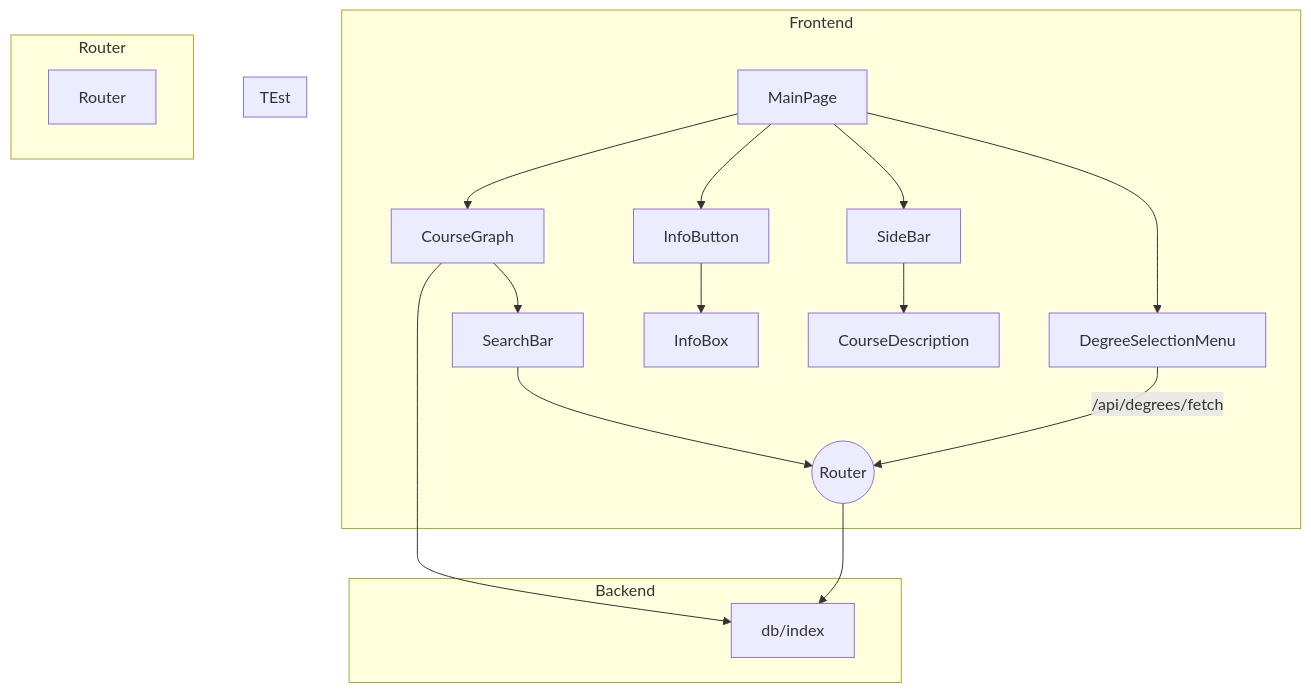
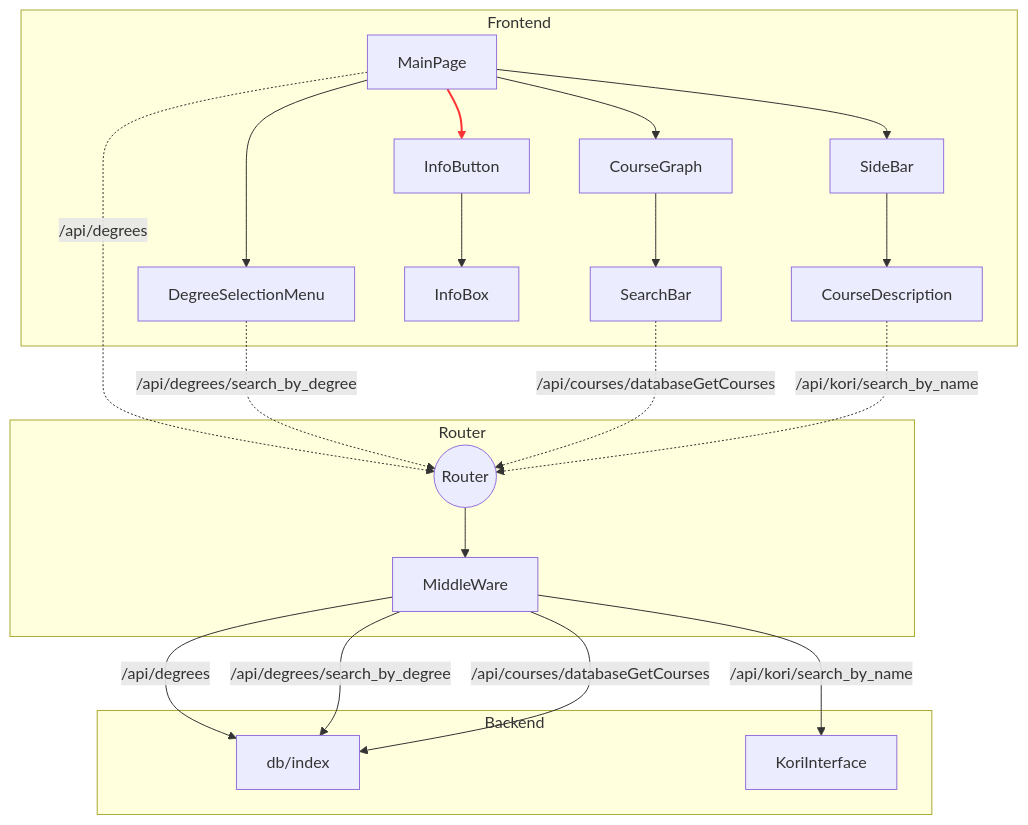
One commit to UniversityOfHelsinkiCS/esitieto changed the diagram in documentation/developer/Architecture.md. Above: the diagram before and after it, drawn with Mermaid.

Commit message:
Update Architecture.md WIP

````diff
--- a/documentation/developer/Architecture.md
+++ b/documentation/developer/Architecture.md
@@ -3,29 +3,33 @@
 ```mermaid
 flowchart TD
     subgraph Frontend
     A["MainPage"]
     A --> B["CourseGraph"]
     A --> C["DegreeSelectionMenu"]
     B --> D["SearchBar"]
     A --> E["InfoButton"]
     E --> F["InfoBox"]
     A --> G["SideBar"]
     G --> H["CourseDescription"]
-
-    C --"/api/degrees/fetch"--> I
-    D --> I
-    end
-
-    subgraph TEst
-    I(("Router"))
-    end
-
-    subgraph Backend    
-    I --> K
-    B --> K["db/index"]
     end
 
     subgraph Router
-    J["Router"]
+    I(("Router"))
+    A -."/api/degrees".->I
+    C -."/api/degrees/search_by_degree".-> I
+    D -."/api/courses/databaseGetCourses".-> I
+    H -."/api/kori/search_by_name".->I
+    I --> L[MiddleWare]
     end
+
+    subgraph Backend
+    L --"/api/degrees"--> K
+    L --"/api/degrees/search_by_degree"--> K
+    L --"/api/courses/databaseGetCourses"--> K
+    L --"/api/kori/search_by_name"--> M
+    K["db/index"]
+    M[KoriInterface]
+    end
+    linkStyle 3 stroke:#f33,stroke-width:2px,color:red;
+    
 ```
````
